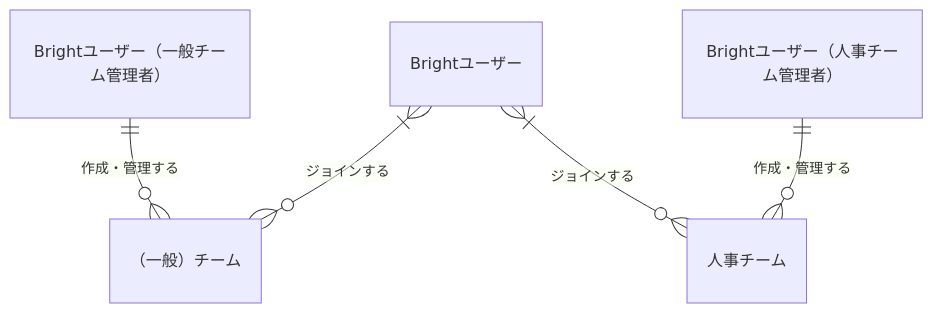
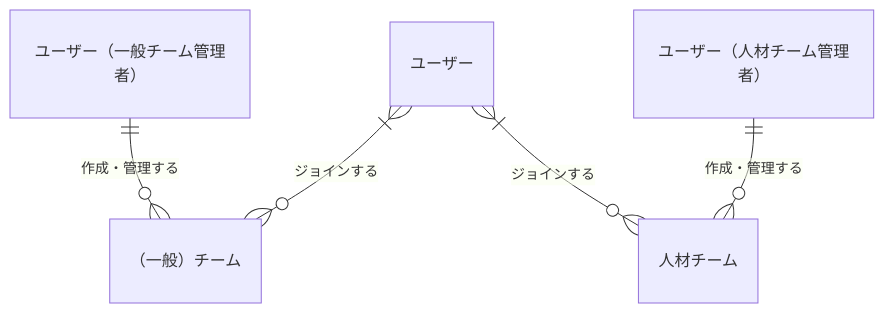
The third of 11 diagrams in docs/conceptual_schemas/users.md (bright-org/bright), drawn with Mermaid before and after one commit. The commit also changed other lines of this file, not shown here.

````diff
--- a/docs/conceptual_schemas/users.md
+++ b/docs/conceptual_schemas/users.md
@@ -46,7 +49,7 @@
 ```mermaid
 erDiagram
-  "Brightユーザー（一般チーム管理者）"||--o{"（一般）チーム" : "作成・管理する"
-  "Brightユーザー"}|--o{"（一般）チーム" : "ジョインする"
-  "Brightユーザー"}|--o{"人事チーム" : "ジョインする"
-  "Brightユーザー（人事チーム管理者）"||--o{"人事チーム" : "作成・管理する"
+  "ユーザー（一般チーム管理者）"||--o{"（一般）チーム" : "作成・管理する"
+  "ユーザー"}|--o{"（一般）チーム" : "ジョインする"
+  "ユーザー"}|--o{"人材チーム" : "ジョインする"
+  "ユーザー（人材チーム管理者）"||--o{"人材チーム" : "作成・管理する"
 ```
````
